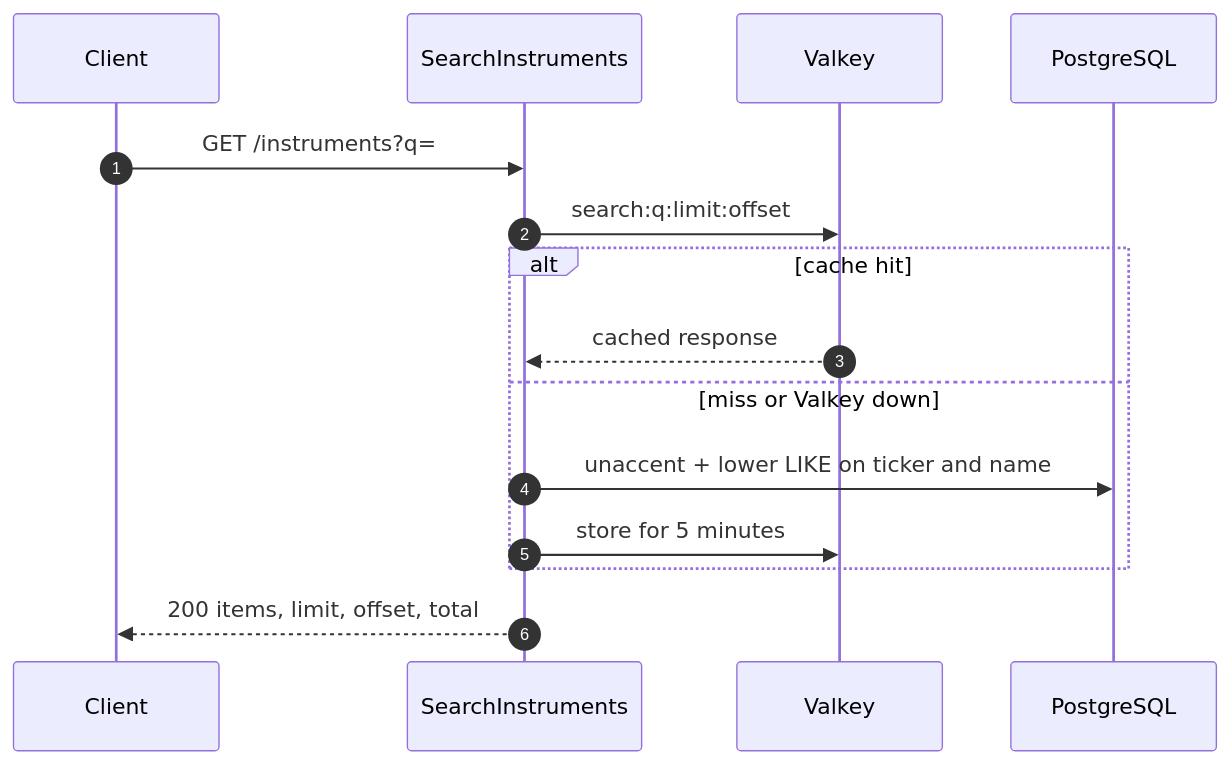
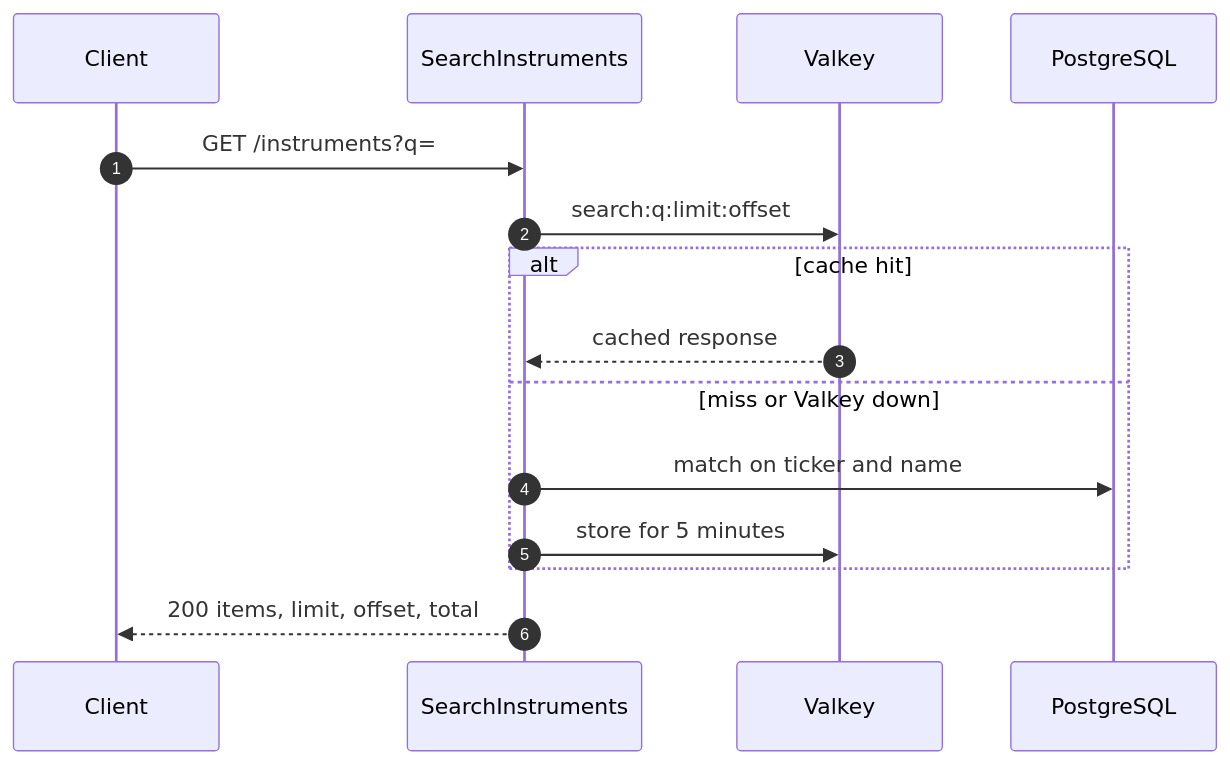
Before and after one commit to Samuel0023/cocos-challenge: the fifth of 6 diagrams in docs/flows.md, drawn with Mermaid. The commit also changed other lines of this file and 25 other files, not shown here.

````diff
--- a/docs/flows.md
+++ b/docs/flows.md
@@ -145,17 +122,17 @@
 ```mermaid
 sequenceDiagram
   autonumber
   participant C as Client
   participant UC as SearchInstruments
   participant VK as Valkey
   participant PG as PostgreSQL
   C->>UC: GET /instruments?q=
   UC->>VK: search:q:limit:offset
   alt cache hit
     VK-->>UC: cached response
   else miss or Valkey down
-    UC->>PG: unaccent + lower LIKE on ticker and name
+    UC->>PG: match on ticker and name
     UC->>VK: store for 5 minutes
   end
   UC-->>C: 200 items, limit, offset, total
 ```
````
